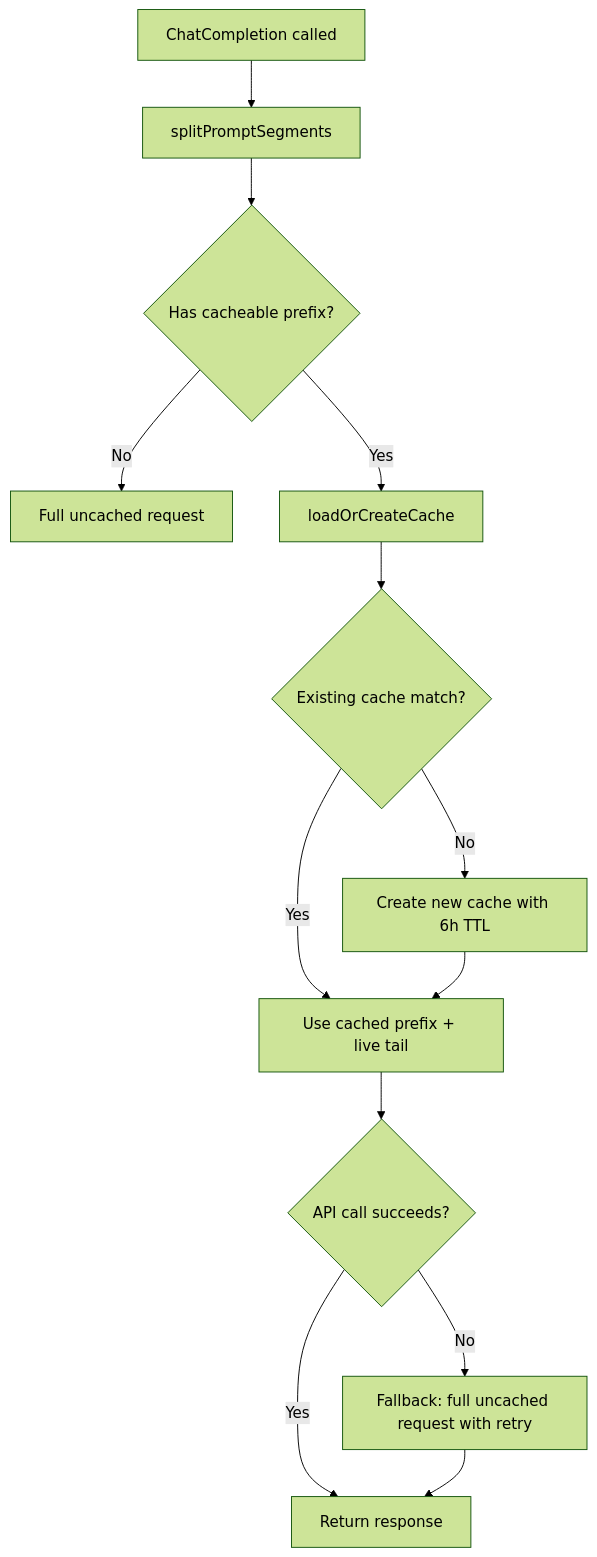
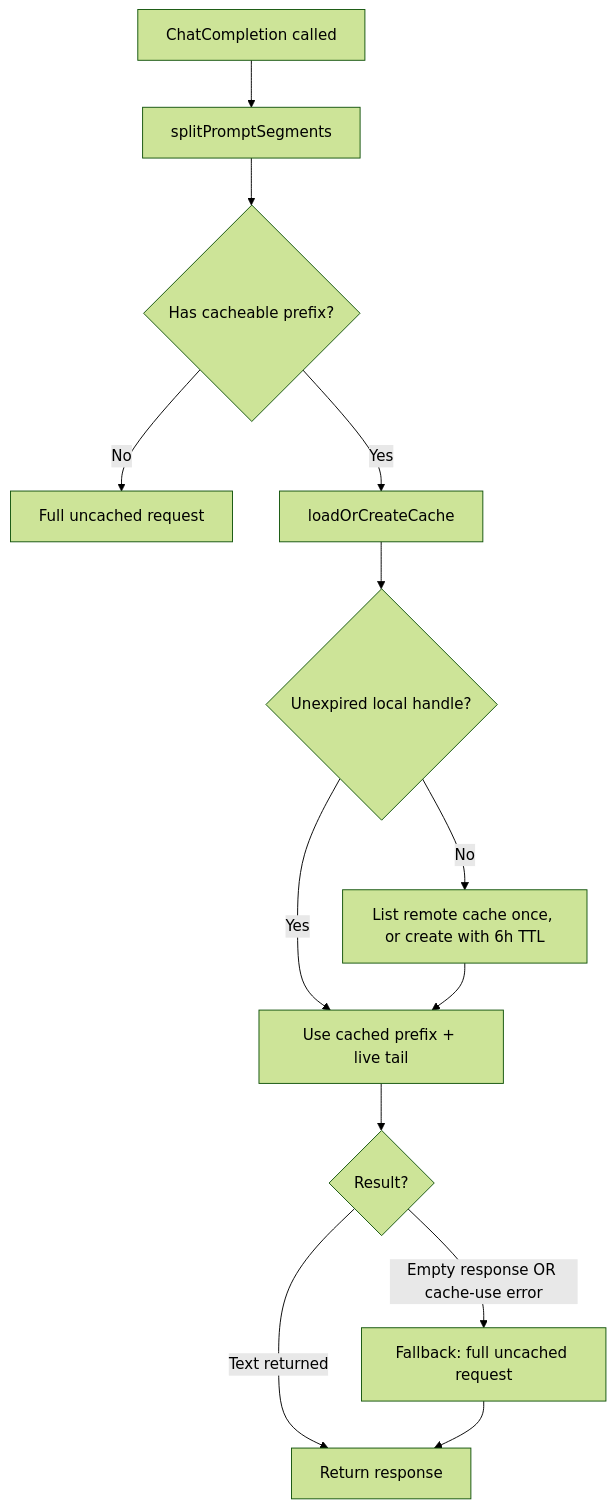
The third of 11 diagrams in docs/CODEBASE_MAP.md (iamwavecut/ngbot), drawn with Mermaid (forest theme) before and after one commit. The commit also changed other lines of this file and 106 other files, not shown here.

````diff
--- a/docs/CODEBASE_MAP.md
+++ b/docs/CODEBASE_MAP.md
@@ -683,15 +683,15 @@
 ```mermaid
 flowchart TD
     A[ChatCompletion called] --> B[splitPromptSegments]
     B --> C{Has cacheable prefix?}
     C -->|No| D[Full uncached request]
     C -->|Yes| E[loadOrCreateCache]
-    E --> F{Existing cache match?}
+    E --> F{Unexpired local handle?}
     F -->|Yes| G[Use cached prefix + live tail]
-    F -->|No| H[Create new cache with 6h TTL]
+    F -->|No| H[List remote cache once, or create with 6h TTL]
     H --> G
-    G --> I{API call succeeds?}
-    I -->|Yes| J[Return response]
-    I -->|No| K[Fallback: full uncached request with retry]
+    G --> I{Result?}
+    I -->|Text returned| J[Return response]
+    I -->|Empty response OR cache-use error| K[Fallback: full uncached request]
     K --> J
 ```
````
